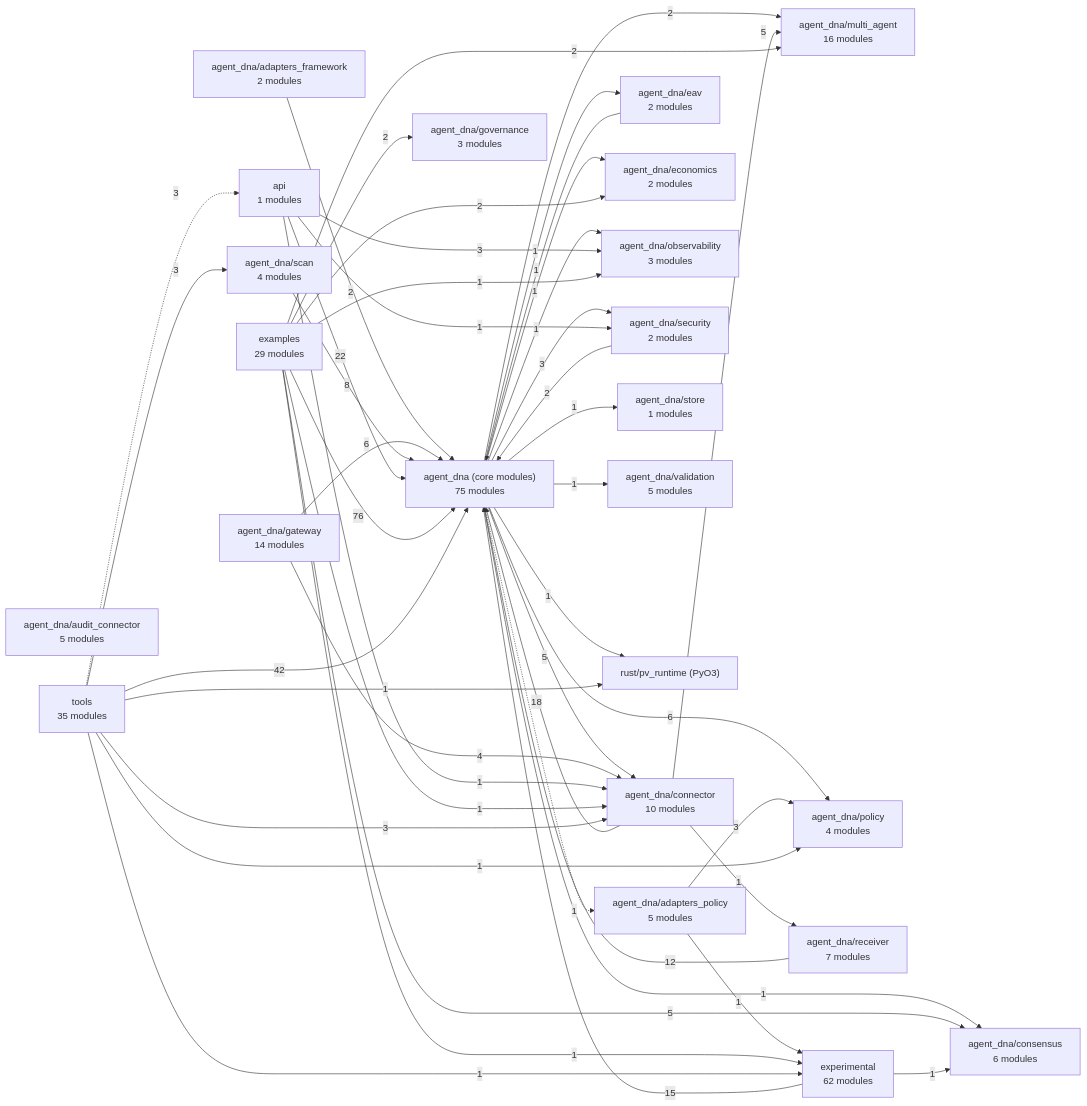
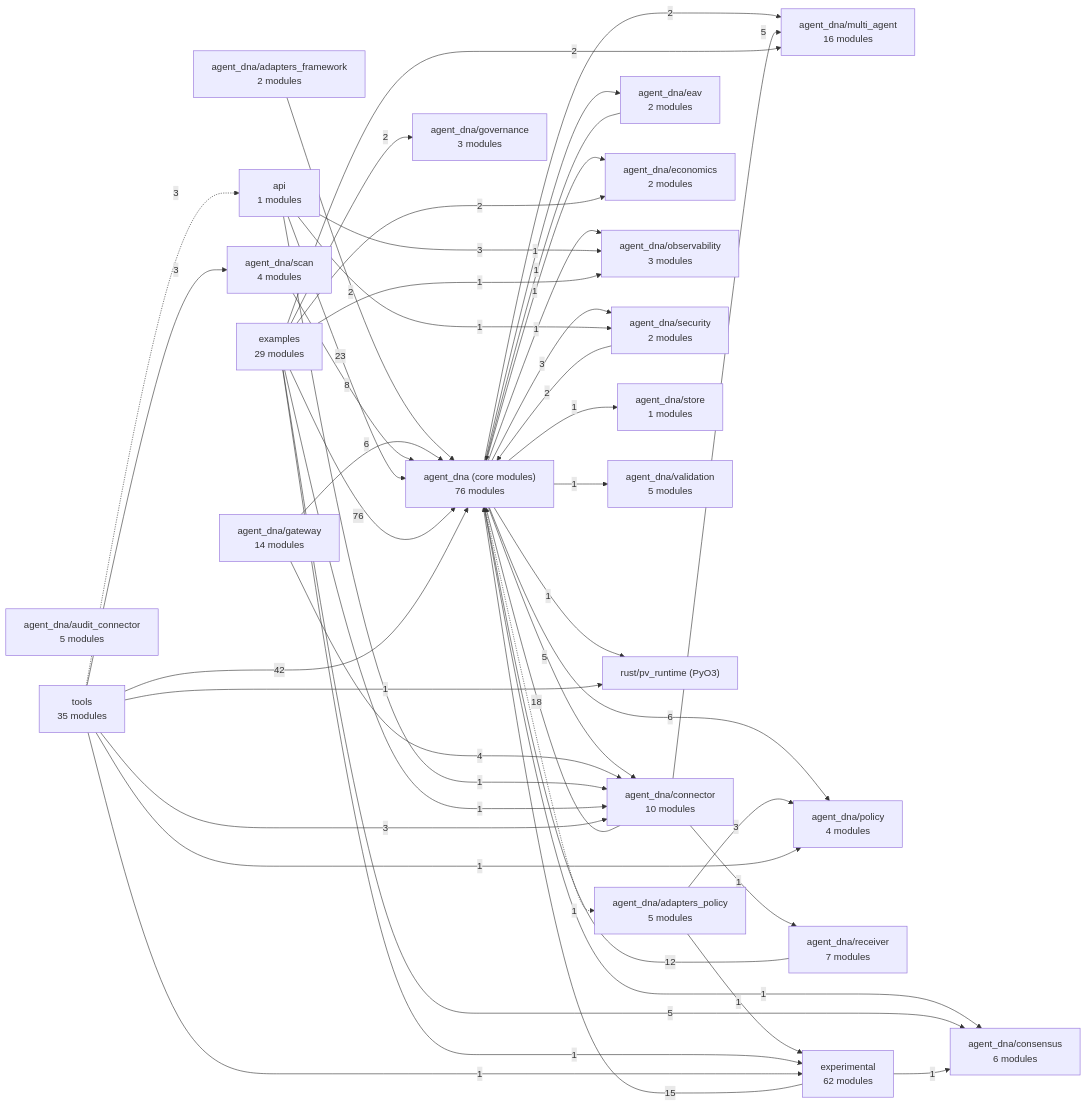
The diagram in docs/architecture/MAP.md (LOLA0786/privatevault-agent-dna), drawn with Mermaid before and after one commit. The commit also changed other lines of this file and 22 other files, not shown here.

````diff
--- a/docs/architecture/MAP.md
+++ b/docs/architecture/MAP.md
@@ -7,71 +7,71 @@
 ```mermaid
 flowchart LR
-  n0["agent_dna (core modules)<br/>75 modules"]
+  n0["agent_dna (core modules)<br/>76 modules"]
   n1["agent_dna/adapters_framework<br/>2 modules"]
   n2["agent_dna/adapters_policy<br/>5 modules"]
   n3["agent_dna/audit_connector<br/>5 modules"]
   n4["agent_dna/connector<br/>10 modules"]
   n5["agent_dna/consensus<br/>6 modules"]
   n6["agent_dna/eav<br/>2 modules"]
   n7["agent_dna/economics<br/>2 modules"]
   n8["agent_dna/gateway<br/>14 modules"]
   n9["agent_dna/governance<br/>3 modules"]
   n10["agent_dna/multi_agent<br/>16 modules"]
   n11["agent_dna/observability<br/>3 modules"]
   n12["agent_dna/policy<br/>4 modules"]
   n13["agent_dna/receiver<br/>7 modules"]
   n14["agent_dna/scan<br/>4 modules"]
   n15["agent_dna/security<br/>2 modules"]
   n16["agent_dna/store<br/>1 modules"]
   n17["agent_dna/validation<br/>5 modules"]
   n18["api<br/>1 modules"]
   n19["examples<br/>29 modules"]
   n20["experimental<br/>62 modules"]
   n21["rust/pv_runtime (PyO3)"]
   n22["tools<br/>35 modules"]
   n0 -.->|1| n2
   n0 -->|5| n4
   n0 -->|1| n5
   n0 -->|1| n6
   n0 -->|1| n7
   n0 -->|2| n10
   n0 -->|1| n11
   n0 -->|6| n12
   n0 -->|3| n15
   n0 -->|1| n16
   n0 -->|1| n17
   n0 -->|1| n21
   n1 -->|2| n0
   n2 -->|3| n12
   n2 -->|1| n20
   n4 -->|18| n0
   n4 -->|5| n10
   n4 -->|1| n13
   n6 -->|1| n0
   n8 -->|6| n0
   n8 -->|4| n4
   n13 -->|12| n0
   n14 -->|8| n0
   n15 -->|2| n0
-  n18 -->|22| n0
+  n18 -->|23| n0
   n18 -->|1| n4
   n18 -->|3| n11
   n18 -->|1| n15
   n19 -->|76| n0
   n19 -->|1| n4
   n19 -->|5| n5
   n19 -->|2| n7
   n19 -->|2| n9
   n19 -->|2| n10
   n19 -->|1| n11
   n19 -->|1| n20
   n20 -->|15| n0
   n20 -->|1| n5
   n22 -->|42| n0
   n22 -->|3| n4
   n22 -->|1| n12
   n22 -->|3| n14
   n22 -.->|3| n18
   n22 -->|1| n20
   n22 -->|1| n21
 ```
````
